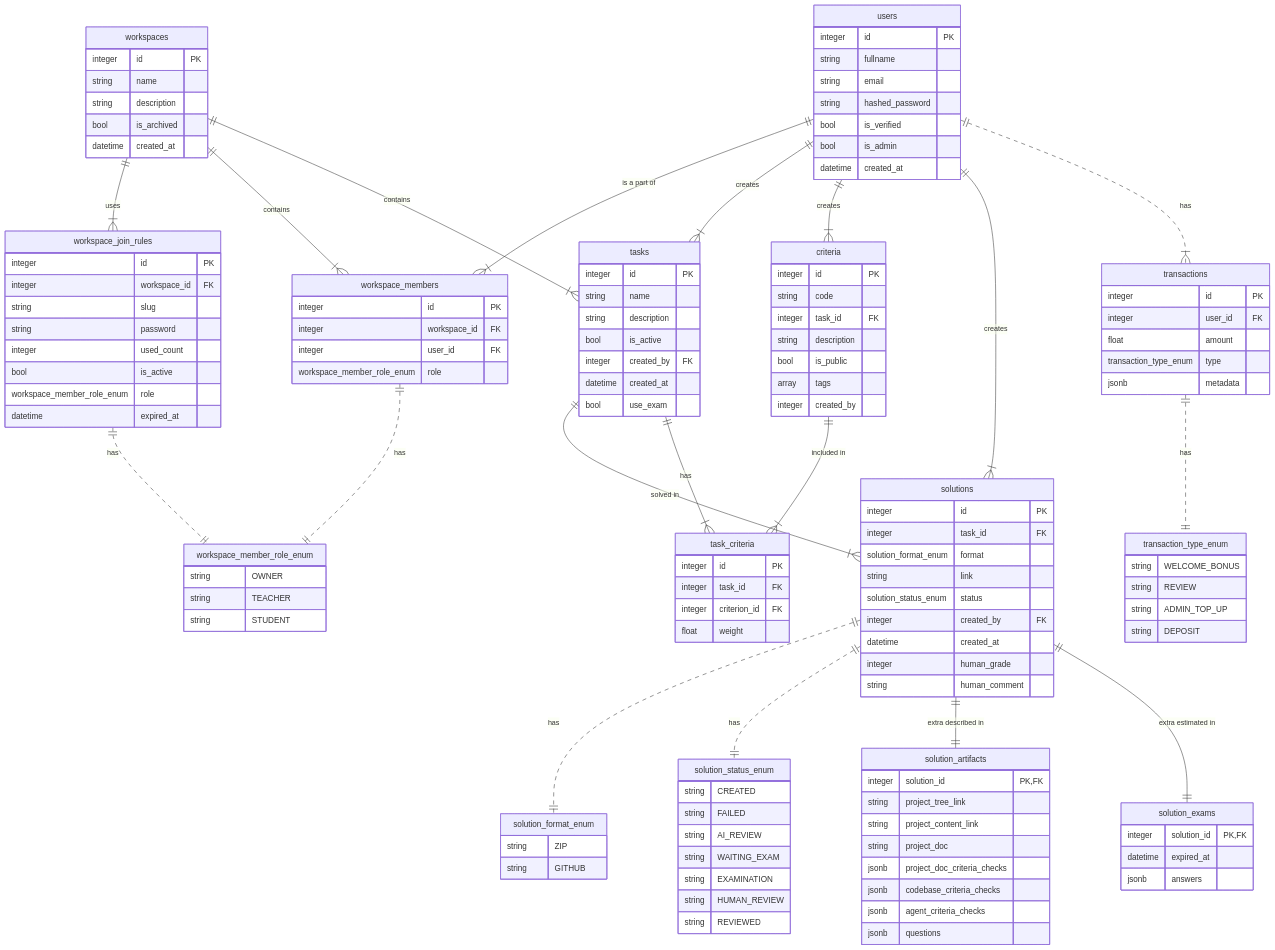
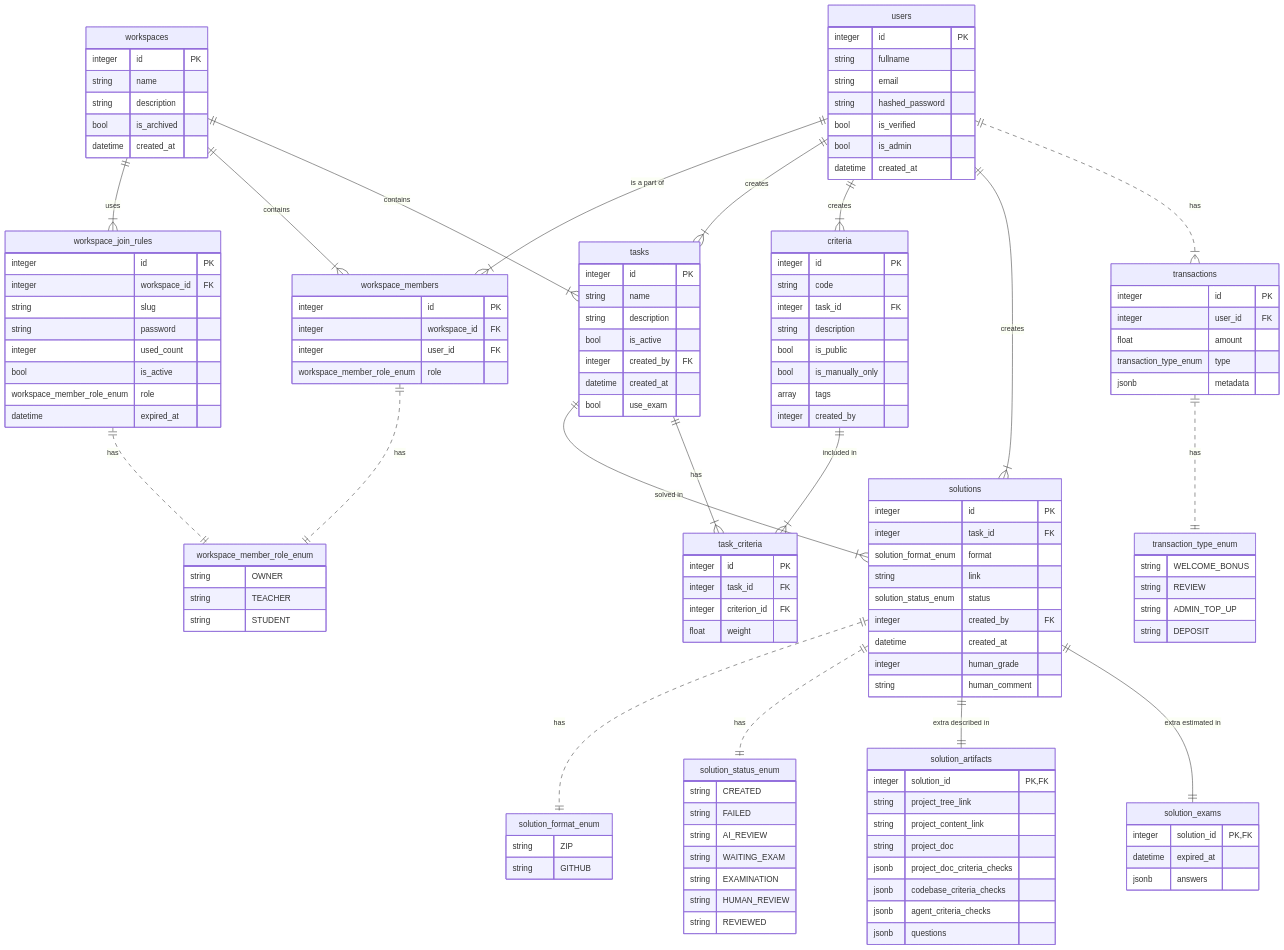
Before and after one commit to Daniil-Solo/AIReviewBackend: the diagram in docs/architecture/data_model.md, drawn with Mermaid. The commit also changed 7 other files, not shown here.

```diff
--- a/docs/architecture/data_model.md
+++ b/docs/architecture/data_model.md
@@ -60,6 +60,7 @@
         integer task_id FK
         string description
         bool is_public
+        bool is_manually_only
         array tags
         integer created_by
     }
```
